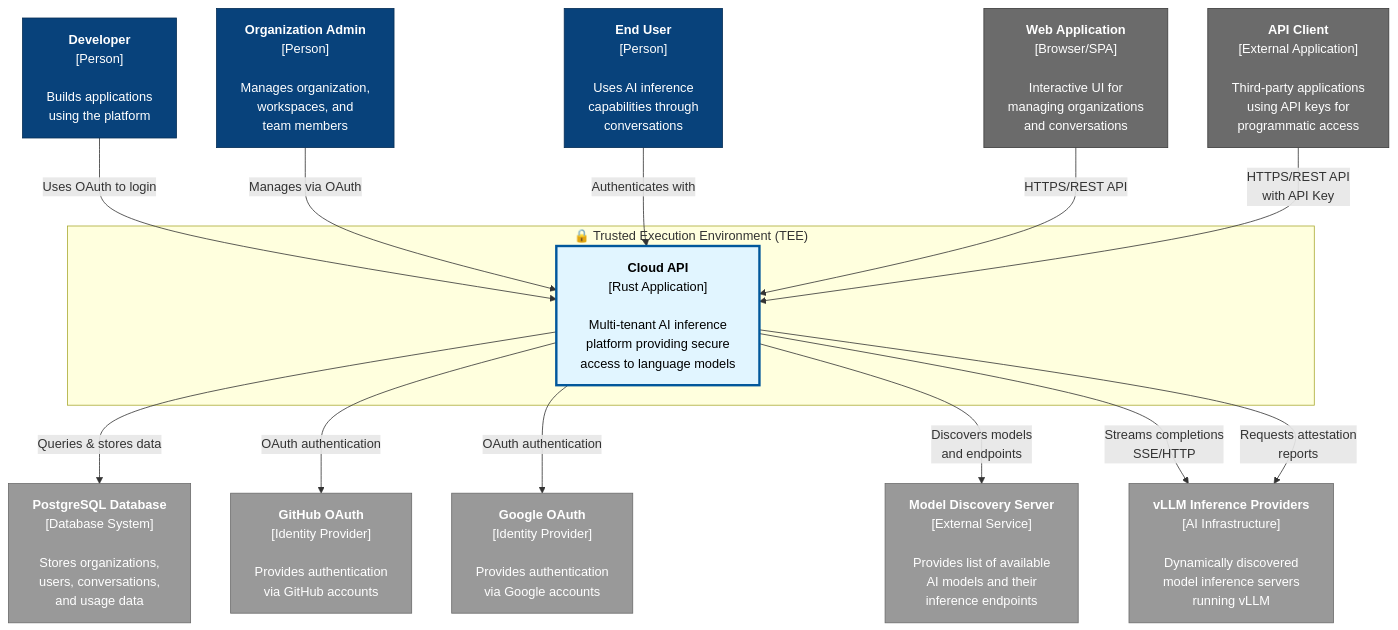
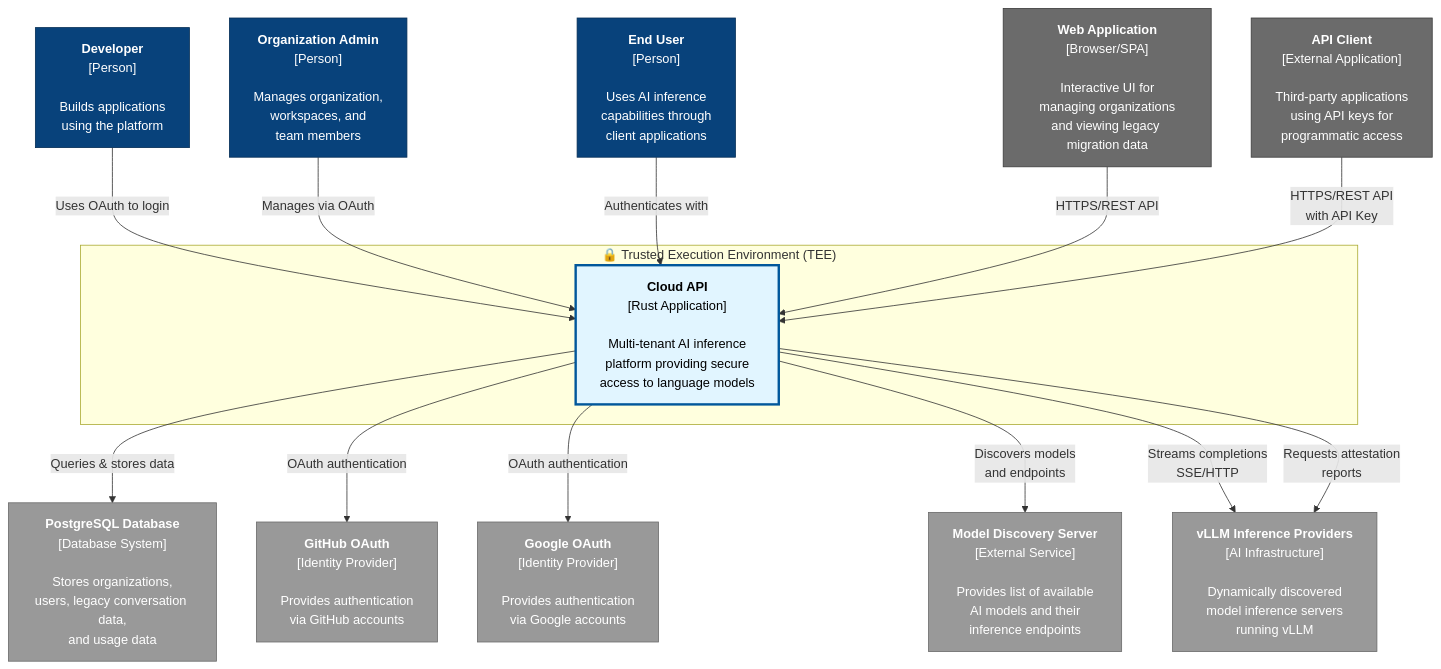
Before and after one commit to nearai/cloud-api: the first of 16 diagrams in docs/architecture/c4-diagrams.md, drawn with Mermaid. The commit also changed other lines of this file, not shown here.

Commit message:
docs(api): align C4 diagrams with stateless responses

````diff
--- a/docs/architecture/c4-diagrams.md
+++ b/docs/architecture/c4-diagrams.md
@@ -56,55 +56,55 @@
 ```mermaid
 graph TB
     subgraph TEE["🔒 Trusted Execution Environment (TEE)"]
         PlatformAPI["<b>Cloud API</b><br/>[Rust Application]<br/><br/>Multi-tenant AI inference<br/>platform providing secure<br/>access to language models"]
     end
     
     %% External Actors
-    WebApp["<b>Web Application</b><br/>[Browser/SPA]<br/><br/>Interactive UI for<br/>managing organizations<br/>and conversations"]
+    WebApp["<b>Web Application</b><br/>[Browser/SPA]<br/><br/>Interactive UI for<br/>managing organizations<br/>and viewing legacy migration data"]
     
     APIClient["<b>API Client</b><br/>[External Application]<br/><br/>Third-party applications<br/>using API keys for<br/>programmatic access"]
     
     Developer["<b>Developer</b><br/>[Person]<br/><br/>Builds applications<br/>using the platform"]
     
     OrgAdmin["<b>Organization Admin</b><br/>[Person]<br/><br/>Manages organization,<br/>workspaces, and<br/>team members"]
     
-    EndUser["<b>End User</b><br/>[Person]<br/><br/>Uses AI inference<br/>capabilities through<br/>conversations"]
+    EndUser["<b>End User</b><br/>[Person]<br/><br/>Uses AI inference<br/>capabilities through<br/>client applications"]
     
     %% External Systems
-    PostgreSQL["<b>PostgreSQL Database</b><br/>[Database System]<br/><br/>Stores organizations,<br/>users, conversations,<br/>and usage data"]
+    PostgreSQL["<b>PostgreSQL Database</b><br/>[Database System]<br/><br/>Stores organizations,<br/>users, legacy conversation data,<br/>and usage data"]
     
     GitHubOAuth["<b>GitHub OAuth</b><br/>[Identity Provider]<br/><br/>Provides authentication<br/>via GitHub accounts"]
     
     GoogleOAuth["<b>Google OAuth</b><br/>[Identity Provider]<br/><br/>Provides authentication<br/>via Google accounts"]
     
     ModelDiscovery["<b>Model Discovery Server</b><br/>[External Service]<br/><br/>Provides list of available<br/>AI models and their<br/>inference endpoints"]
     
     InferenceProviders["<b>vLLM Inference Providers</b><br/>[AI Infrastructure]<br/><br/>Dynamically discovered<br/>model inference servers<br/>running vLLM"]
     
     %% User Interactions
     Developer -->|Uses OAuth to login| PlatformAPI
     OrgAdmin -->|Manages via OAuth| PlatformAPI
     EndUser -->|Authenticates with| PlatformAPI
     
     WebApp -->|HTTPS/REST API| PlatformAPI
     APIClient -->|HTTPS/REST API<br/>with API Key| PlatformAPI
     
     %% System Interactions
     PlatformAPI -->|Queries & stores data| PostgreSQL
     PlatformAPI -->|OAuth authentication| GitHubOAuth
     PlatformAPI -->|OAuth authentication| GoogleOAuth
     PlatformAPI -->|Discovers models<br/>and endpoints| ModelDiscovery
     PlatformAPI -->|Streams completions<br/>SSE/HTTP| InferenceProviders
     PlatformAPI -->|Requests attestation<br/>reports| InferenceProviders
     
     %% Styling
     classDef teeSystem fill:#e1f5ff,stroke:#01579b,stroke-width:3px,color:#000
     classDef externalPerson fill:#08427b,stroke:#052e56,color:#fff
     classDef externalSystem fill:#999999,stroke:#6b6b6b,color:#fff
     classDef externalApp fill:#6b6b6b,stroke:#3d3d3d,color:#fff
     
     class PlatformAPI teeSystem
     class Developer,OrgAdmin,EndUser externalPerson
     class PostgreSQL,GitHubOAuth,GoogleOAuth,ModelDiscovery,InferenceProviders externalSystem
     class WebApp,APIClient externalApp
 ```
````
